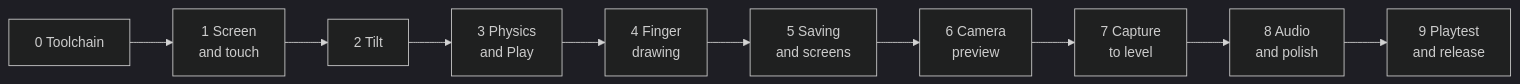
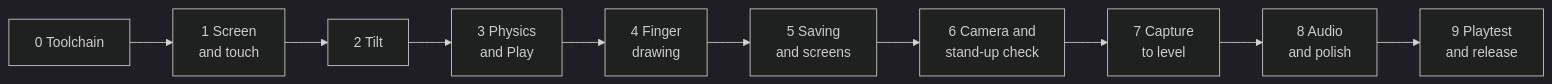
One commit to ambikc/scribble changed the diagram in docs/build-plan.md. Above: the diagram before and after it, drawn with Mermaid (dark theme). The commit also changed other lines of this file and 5 other files, not shown here.

First line of the commit message:
Add stand-up capture flow, A4 level template and calibration check

````diff
--- a/docs/build-plan.md
+++ b/docs/build-plan.md
@@ -14,4 +14,4 @@
 ```mermaid
 flowchart LR
-    S0["0 Toolchain"] --> S1["1 Screen<br/>and touch"] --> S2["2 Tilt"] --> S3["3 Physics<br/>and Play"] --> S4["4 Finger<br/>drawing"] --> S5["5 Saving<br/>and screens"] --> S6["6 Camera<br/>preview"] --> S7["7 Capture<br/>to level"] --> S8["8 Audio<br/>and polish"] --> S9["9 Playtest<br/>and release"]
+    S0["0 Toolchain"] --> S1["1 Screen<br/>and touch"] --> S2["2 Tilt"] --> S3["3 Physics<br/>and Play"] --> S4["4 Finger<br/>drawing"] --> S5["5 Saving<br/>and screens"] --> S6["6 Camera and<br/>stand-up check"] --> S7["7 Capture<br/>to level"] --> S8["8 Audio<br/>and polish"] --> S9["9 Playtest<br/>and release"]
 ```
````
